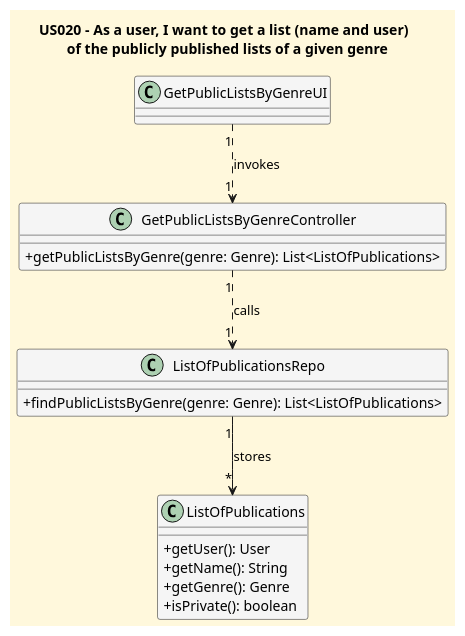
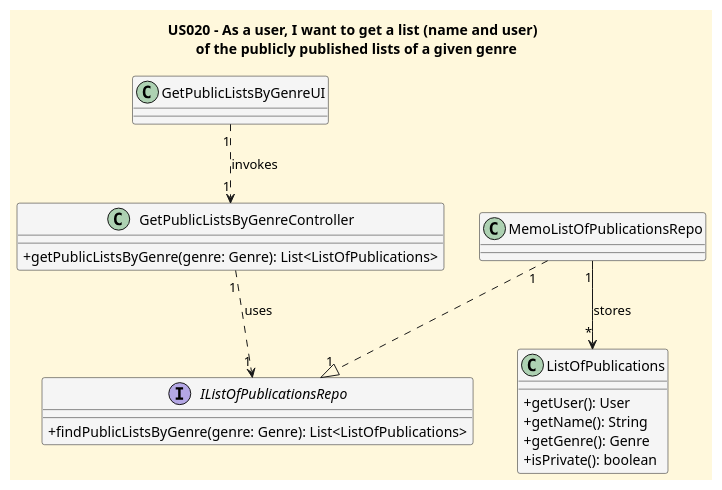
The diagram in docs/userStories/US020/US020_get_a_list_given_genres_CD.puml (CarolinaLeite-collab/JavaMarketplacePlatform), drawn with PlantUML before and after one commit. The commit also changed 1 other file, not shown here.

Commit message:
docs: reegineers class and sequence diagrams US020 to ddd, refs #384

```diff
--- a/docs/userStories/US020/US020_get_a_list_given_genres_CD.puml
+++ b/docs/userStories/US020/US020_get_a_list_given_genres_CD.puml
@@ -1,35 +1,39 @@
 @startuml
 title US020 - As a user, I want to get a list (name and user) \n of the publicly published lists of a given genre
 
 skinparam defaultFontName Futura
 skinparam backgroundColor CornSilk
 skinparam classBackgroundColor WhiteSmoke
 skinparam classAttributeIconSize 0
 
 
 class GetPublicListsByGenreUI {
 }
 
 class GetPublicListsByGenreController {
 
   +getPublicListsByGenre(genre: Genre): List<ListOfPublications>
 }
 
-class ListOfPublicationsRepo {
+interface IListOfPublicationsRepo {
   +findPublicListsByGenre(genre: Genre): List<ListOfPublications>
+}
+
+class MemoListOfPublicationsRepo {
 }
 
 class ListOfPublications {
   +getUser(): User
   +getName(): String
   +getGenre(): Genre
   +isPrivate(): boolean
 }
 
 
 GetPublicListsByGenreUI "1"..> "1" GetPublicListsByGenreController : invokes
-GetPublicListsByGenreController "1" ..> "1" ListOfPublicationsRepo : calls
-ListOfPublicationsRepo "1"--> "*"ListOfPublications : stores
+GetPublicListsByGenreController "1" ..> "1" IListOfPublicationsRepo : uses
+MemoListOfPublicationsRepo "1" ..|> "1" IListOfPublicationsRepo
+MemoListOfPublicationsRepo "1"--> "*"ListOfPublications : stores
 
 
 @enduml
```
